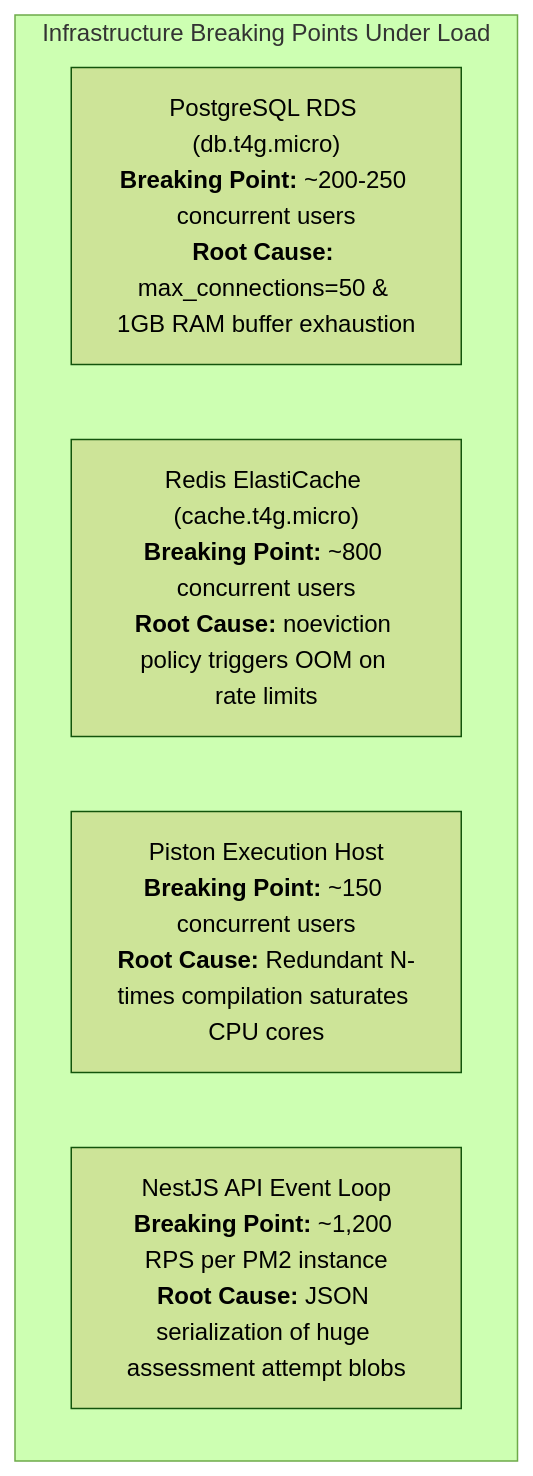
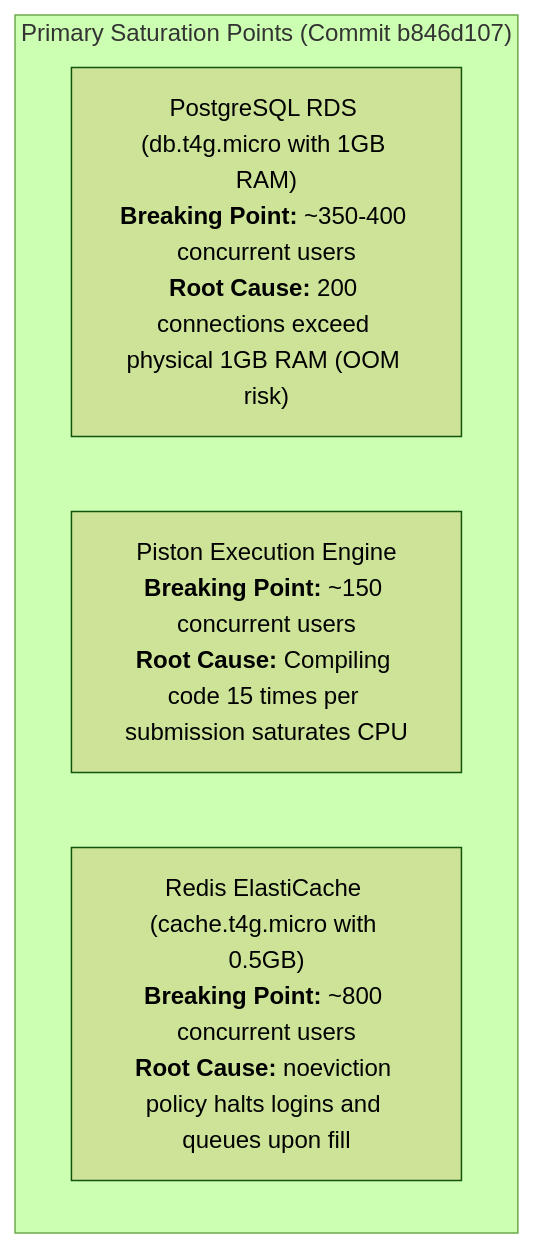
One commit to Abhinavvlog/codeskill changed the diagram in engineering-audit/05_PERFORMANCE_AND_CAPACITY.md. Above: the diagram before and after it, drawn with Mermaid (forest theme). The commit also changed other lines of this file and 13 other files, not shown here.

````diff
--- a/engineering-audit/05_PERFORMANCE_AND_CAPACITY.md
+++ b/engineering-audit/05_PERFORMANCE_AND_CAPACITY.md
@@ -71,9 +79,8 @@
 ```mermaid
 flowchart TD
-    subgraph Bottlenecks["Infrastructure Breaking Points Under Load"]
-        BP1["PostgreSQL RDS (db.t4g.micro)<br/><b>Breaking Point:</b> ~200-250 concurrent users<br/><b>Root Cause:</b> max_connections=50 & 1GB RAM buffer exhaustion"]
-        BP2["Redis ElastiCache (cache.t4g.micro)<br/><b>Breaking Point:</b> ~800 concurrent users<br/><b>Root Cause:</b> noeviction policy triggers OOM on rate limits"]
-        BP3["Piston Execution Host<br/><b>Breaking Point:</b> ~150 concurrent users<br/><b>Root Cause:</b> Redundant N-times compilation saturates CPU cores"]
-        BP4["NestJS API Event Loop<br/><b>Breaking Point:</b> ~1,200 RPS per PM2 instance<br/><b>Root Cause:</b> JSON serialization of huge assessment attempt blobs"]
+    subgraph SaturationPoints["Primary Saturation Points (Commit b846d107)"]
+        S1["PostgreSQL RDS (db.t4g.micro with 1GB RAM)<br/><b>Breaking Point:</b> ~350-400 concurrent users<br/><b>Root Cause:</b> 200 connections exceed physical 1GB RAM (OOM risk)"]
+        S2["Piston Execution Engine<br/><b>Breaking Point:</b> ~150 concurrent users<br/><b>Root Cause:</b> Compiling code 15 times per submission saturates CPU"]
+        S3["Redis ElastiCache (cache.t4g.micro with 0.5GB)<br/><b>Breaking Point:</b> ~800 concurrent users<br/><b>Root Cause:</b> noeviction policy halts logins and queues upon fill"]
     end
 ```
````
